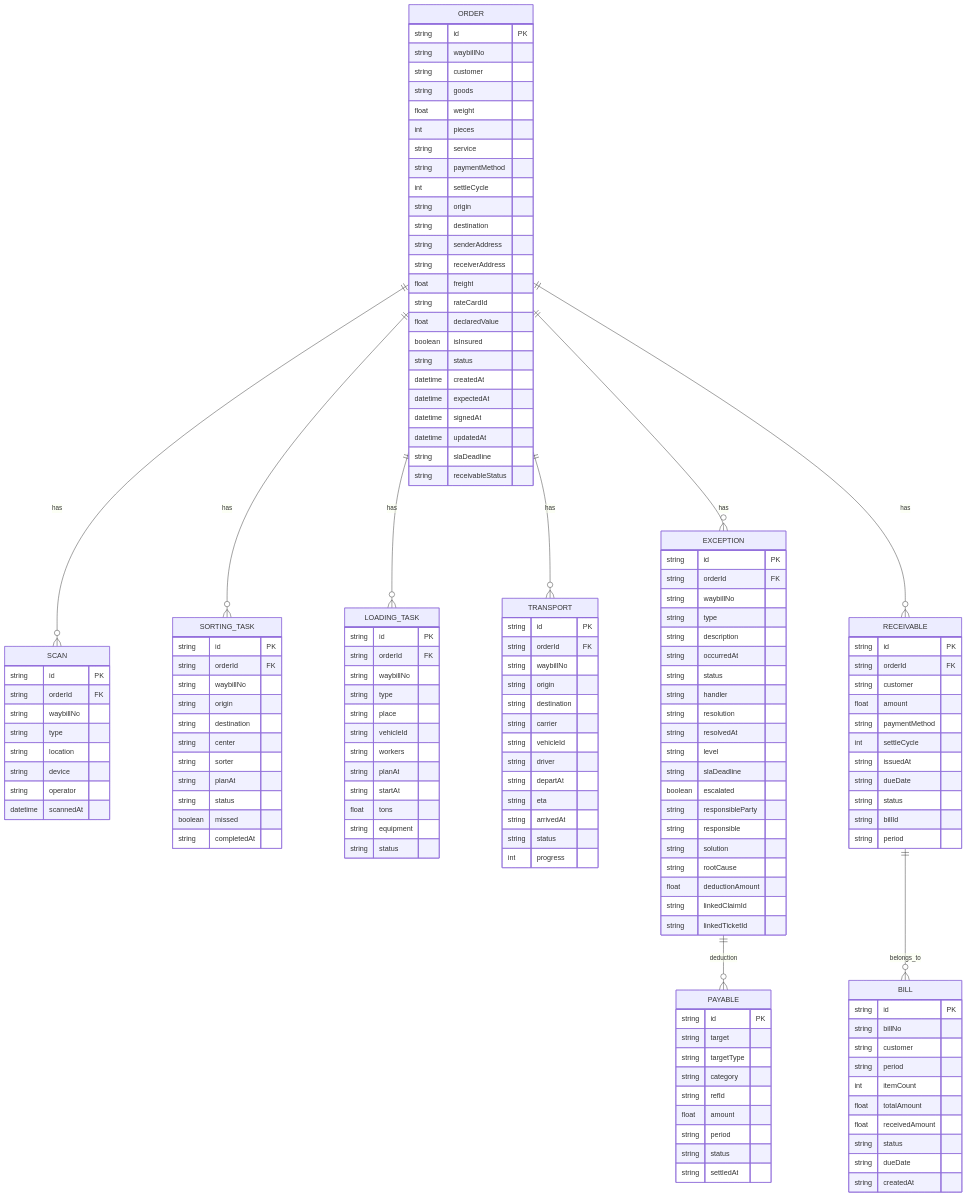
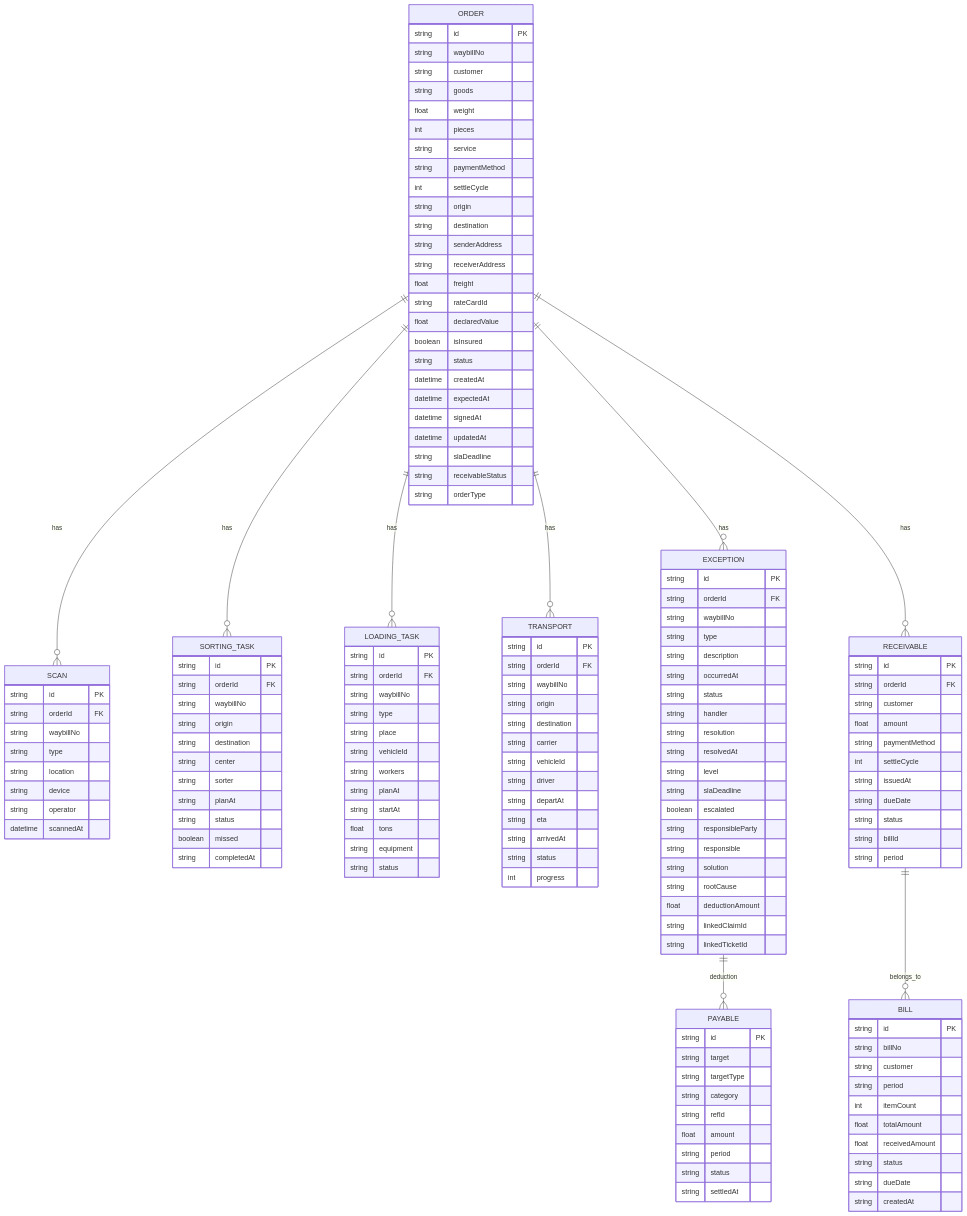
The third of 11 diagrams in .qoder/repowiki/zh/content/系统管理模块/运营管理/订单管理.md (PengLine/blog-tms), drawn with Mermaid before and after one commit. The commit also changed other lines of this file and 101 other files, not shown here.

```diff
--- a/.qoder/repowiki/zh/content/系统管理模块/运营管理/订单管理.md
+++ b/.qoder/repowiki/zh/content/系统管理模块/运营管理/订单管理.md
@@ -136,6 +167,7 @@
 datetime updatedAt
 string slaDeadline
 string receivableStatus
+string orderType
 }
 SCAN {
 string id PK
```
